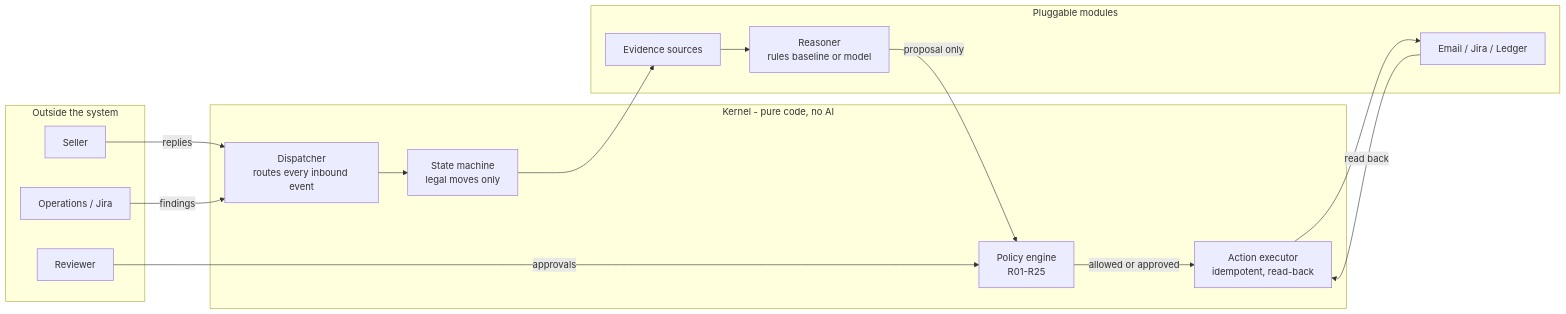
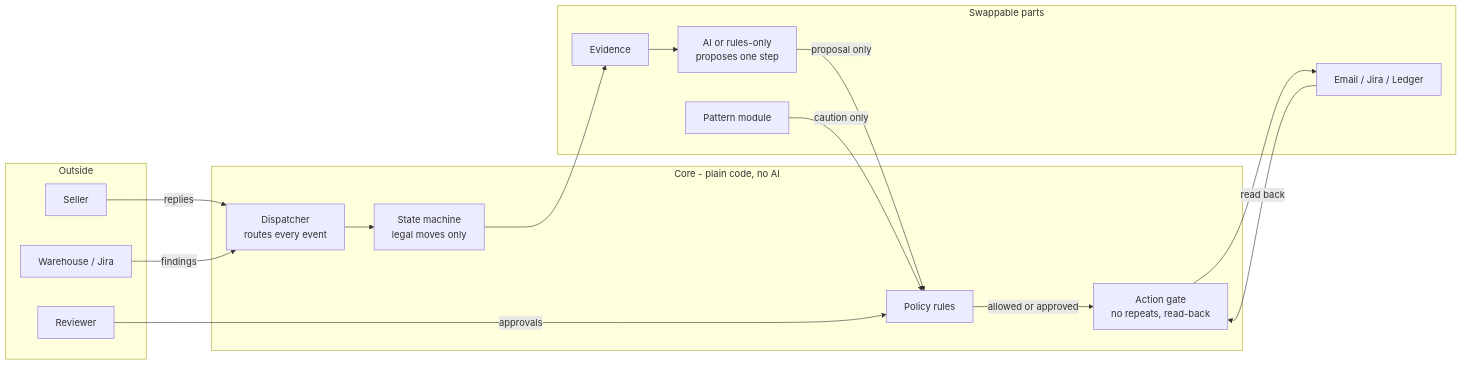
The diagram in README.md (yashasvikesarwaniiitd/dispute_resolution_agent), drawn with Mermaid before and after one commit. The commit also changed other lines of this file, not shown here.

Commit message:
docs: README rewritten for a product manager - the problem, one dispute end to end, AI vs code, safety in plain words, patterns, evidence, limits, glossary

````diff
--- a/README.md
+++ b/README.md
@@ -39,29 +177,29 @@
 ```mermaid
 flowchart LR
-    subgraph outside[Outside the system]
+    subgraph outside[Outside]
         seller[Seller]
-        ops[Operations / Jira]
+        ops[Warehouse / Jira]
         reviewer[Reviewer]
     end
-    subgraph kernel[Kernel - pure code, no AI]
-        dispatch[Dispatcher<br/>routes every inbound event]
+    subgraph core[Core - plain code, no AI]
+        dispatch[Dispatcher<br/>routes every event]
         machine[State machine<br/>legal moves only]
-        policy[Policy engine<br/>R01-R25]
-        executor[Action executor<br/>idempotent, read-back]
+        policy[Policy rules]
+        executor[Action gate<br/>no repeats, read-back]
     end
-    subgraph modules[Pluggable modules]
-        evidence[Evidence sources]
-        reasoner[Reasoner<br/>rules baseline or model]
+    subgraph parts[Swappable parts]
+        evidence[Evidence]
+        reasoner[AI or rules-only<br/>proposes one step]
         channels[Email / Jira / Ledger]
+        patterns[Pattern module]
     end
     seller -- replies --> dispatch
     ops -- findings --> dispatch
     reviewer -- approvals --> policy
-    dispatch --> machine
-    machine --> evidence
-    evidence --> reasoner
+    dispatch --> machine --> evidence --> reasoner
     reasoner -- proposal only --> policy
+    patterns -- caution only --> policy
     policy -- allowed or approved --> executor
     executor --> channels
     channels -- read back --> executor
 ```
````
